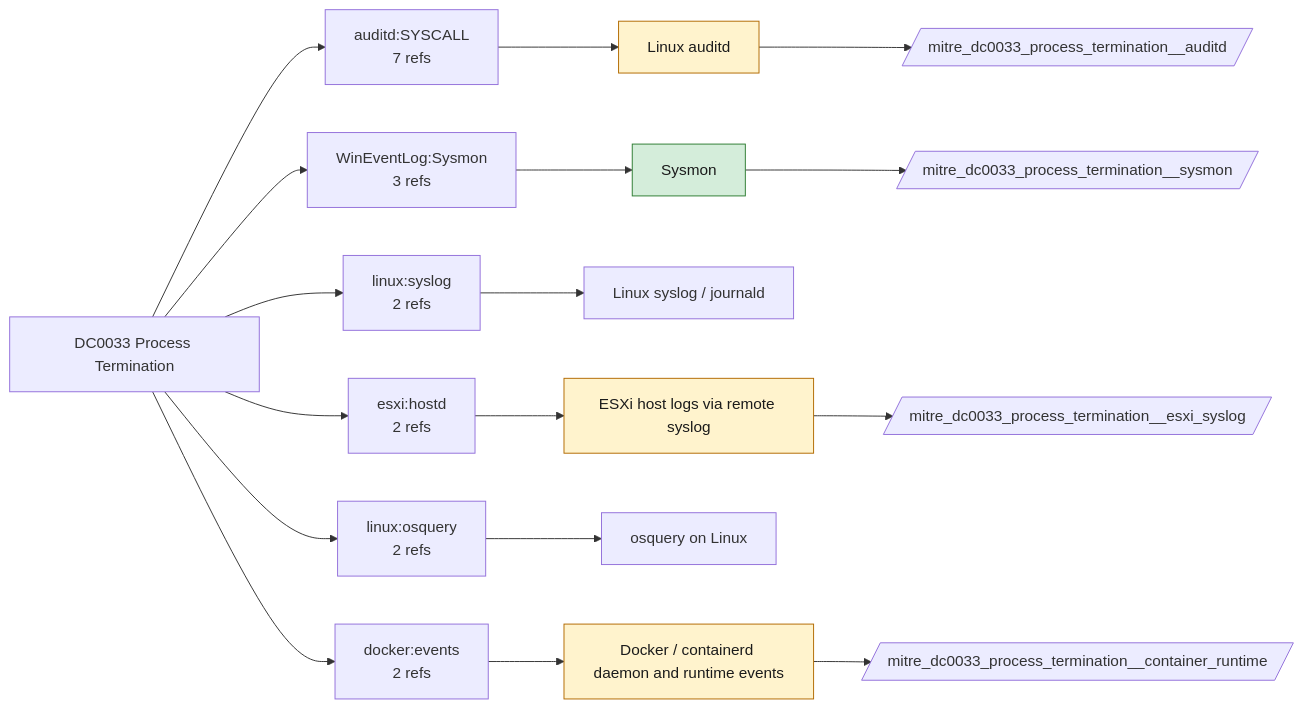
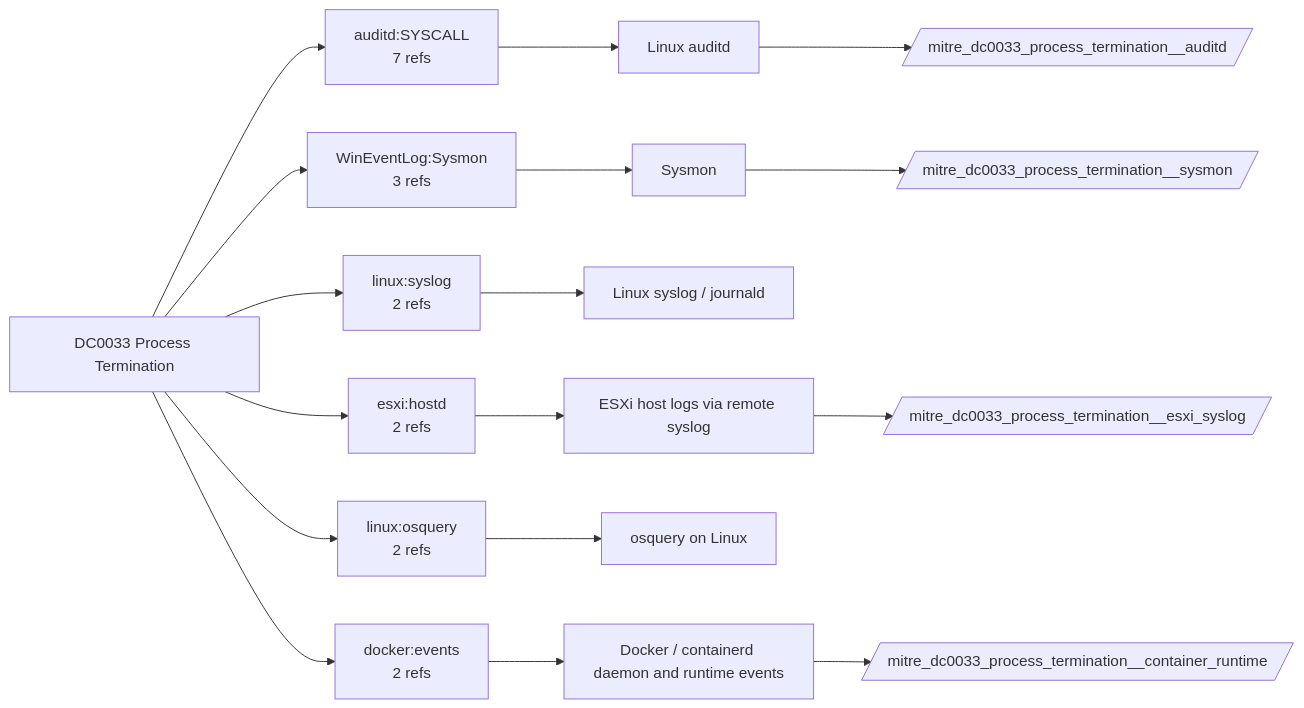
Before and after one commit to dev-nobytes-io/mitre-defensive-mappings-spl: the diagram in docs/data-components/DC0033-process-termination.md, drawn with Mermaid. The commit also changed other lines of this file and 366 other files, not shown here.

````diff
--- a/docs/data-components/DC0033-process-termination.md
+++ b/docs/data-components/DC0033-process-termination.md
@@ -19,32 +19,26 @@
 ```mermaid
 flowchart LR
   DC["DC0033 Process Termination"]
   DC --> LS0["auditd:SYSCALL<br/>7 refs"]
   F_auditd["Linux auditd"]
   LS0 --> F_auditd
   DC --> LS1["WinEventLog:Sysmon<br/>3 refs"]
   F_sysmon["Sysmon"]
   LS1 --> F_sysmon
   DC --> LS2["linux:syslog<br/>2 refs"]
   F_linux_syslog["Linux syslog / journald"]
   LS2 --> F_linux_syslog
   DC --> LS3["esxi:hostd<br/>2 refs"]
   F_esxi_syslog["ESXi host logs via remote syslog"]
   LS3 --> F_esxi_syslog
   DC --> LS4["linux:osquery<br/>2 refs"]
   F_linux_osquery["osquery on Linux"]
   LS4 --> F_linux_osquery
   DC --> LS5["docker:events<br/>2 refs"]
   F_container_runtime["Docker / containerd daemon and runtime events"]
   LS5 --> F_container_runtime
+  F_auditd --> ET_auditd[/"mitre_dc0033_process_termination__auditd"/]
+  F_container_runtime --> ET_container_runtime[/"mitre_dc0033_process_termination__container_runtime"/]
+  F_esxi_syslog --> ET_esxi_syslog[/"mitre_dc0033_process_termination__esxi_syslog"/]
   F_sysmon --> ET_sysmon[/"mitre_dc0033_process_termination__sysmon"/]
-  class F_sysmon live
-  F_auditd --> ET_auditd[/"mitre_dc0033_process_termination__auditd"/]
-  class F_auditd ready
-  F_container_runtime --> ET_container_runtime[/"mitre_dc0033_process_termination__container_runtime"/]
-  class F_container_runtime ready
-  F_esxi_syslog --> ET_esxi_syslog[/"mitre_dc0033_process_termination__esxi_syslog"/]
-  class F_esxi_syslog ready
-  classDef live fill:#d4edda,stroke:#2e7d32,color:#1b1b1b
-  classDef ready fill:#fff3cd,stroke:#b26a00,color:#1b1b1b
 ```
````
